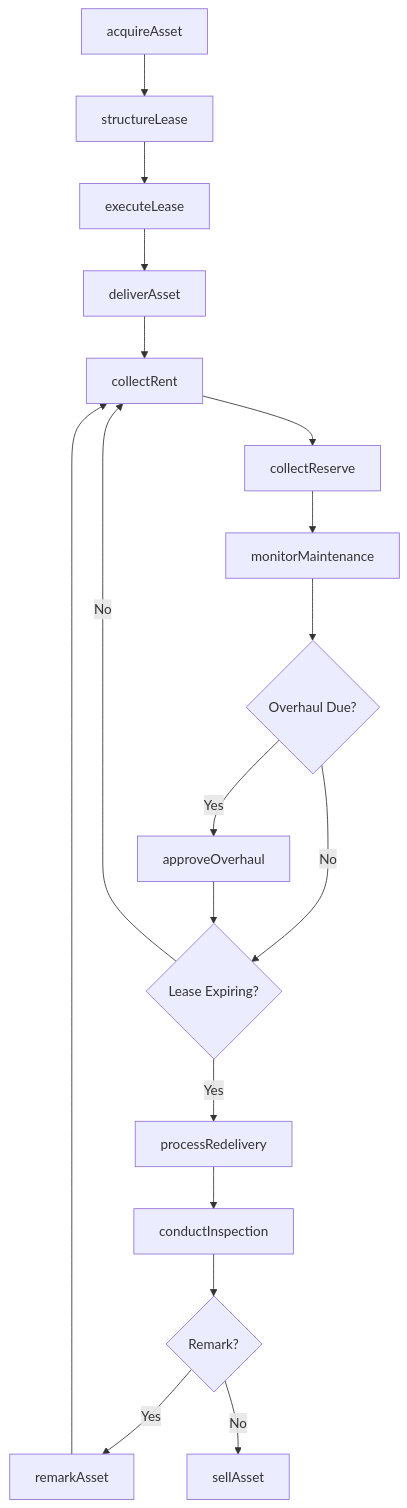
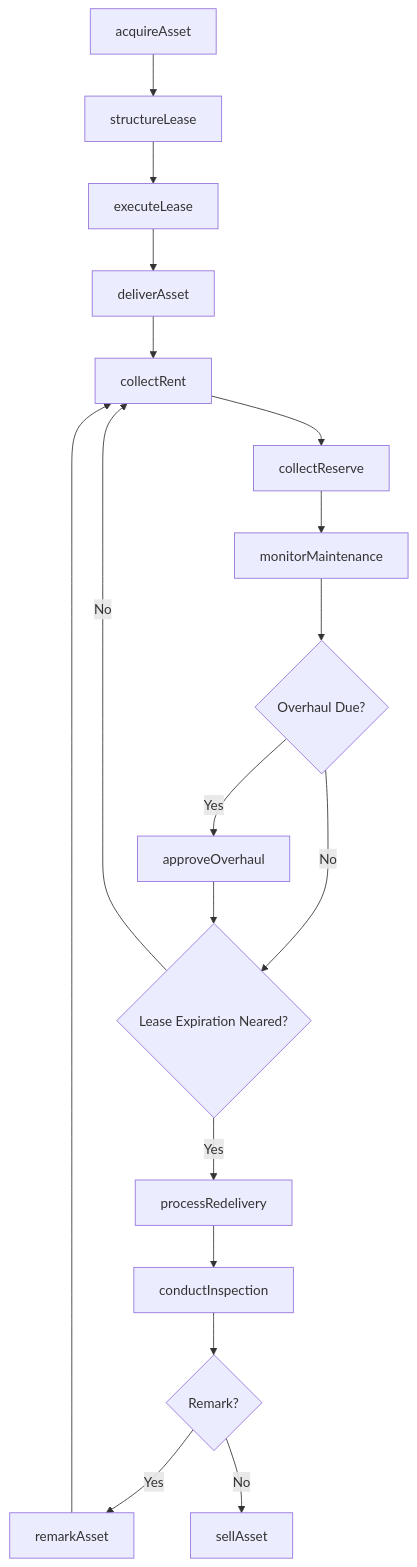
The first of 2 diagrams in RealEstate/RentalAndLeasingServices/CommercialAndIndustrialMachineryAndEquipmentRentalAndLeasing/CommercialAirRailAndWaterTransportationEquipmentRentalAndLeasing.mdx (dot-org-ai/industries.org.ai), drawn with Mermaid before and after one commit. The commit also changed other lines of this file and 588 other files, not shown here.

````diff
--- a/RealEstate/RentalAndLeasingServices/CommercialAndIndustrialMachineryAndEquipmentRentalAndLeasing/CommercialAirRailAndWaterTransportationEquipmentRentalAndLeasing.mdx
+++ b/RealEstate/RentalAndLeasingServices/CommercialAndIndustrialMachineryAndEquipmentRentalAndLeasing/CommercialAirRailAndWaterTransportationEquipmentRentalAndLeasing.mdx
@@ -112,20 +112,20 @@
 ```mermaid
 graph TD
     A[acquireAsset] --> B[structureLease]
     B --> C[executeLease]
     C --> D[deliverAsset]
     D --> E[collectRent]
     E --> F[collectReserve]
     F --> G[monitorMaintenance]
     G --> H{Overhaul Due?}
     H -->|Yes| I[approveOverhaul]
-    H -->|No| J{Lease Expiring?}
+    H -->|No| J{Lease Expiration Neared?}
     I --> J
     J -->|Yes| K[processRedelivery]
     J -->|No| E
     K --> L[conductInspection]
     L --> M{Remark?}
     M -->|Yes| N[remarkAsset]
     M -->|No| O[sellAsset]
     N --> E
 ```
````
